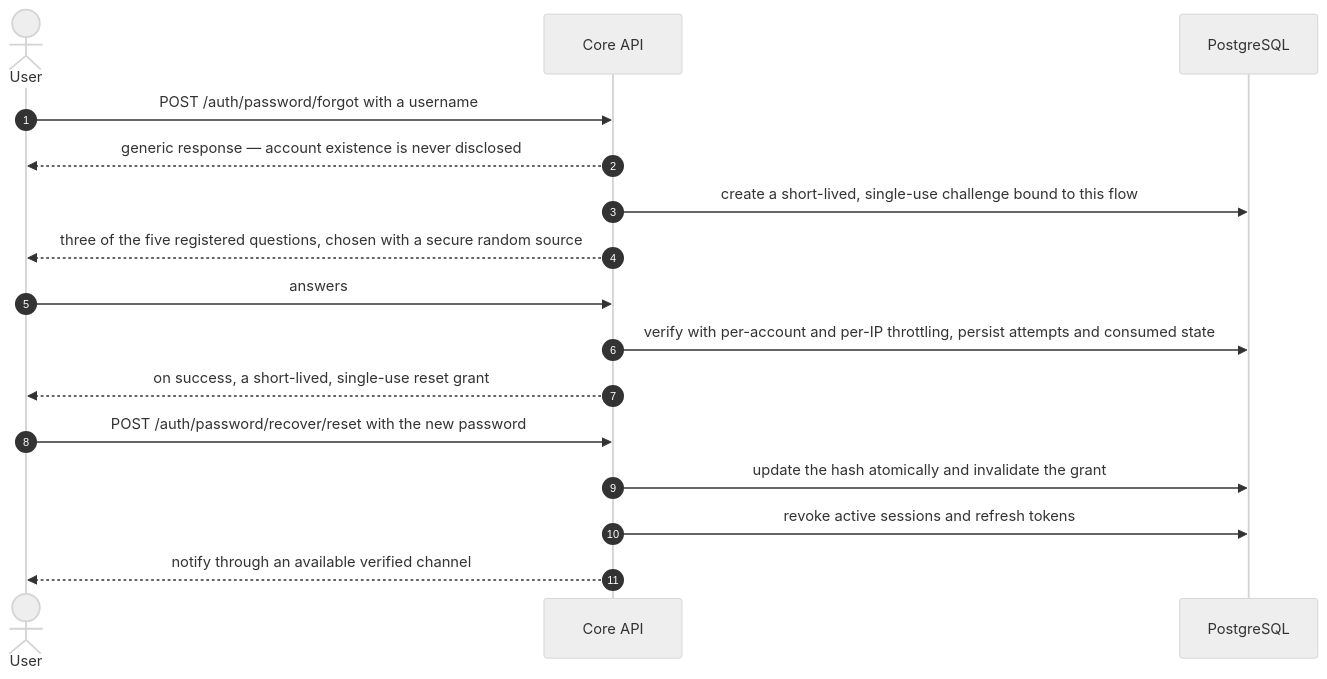
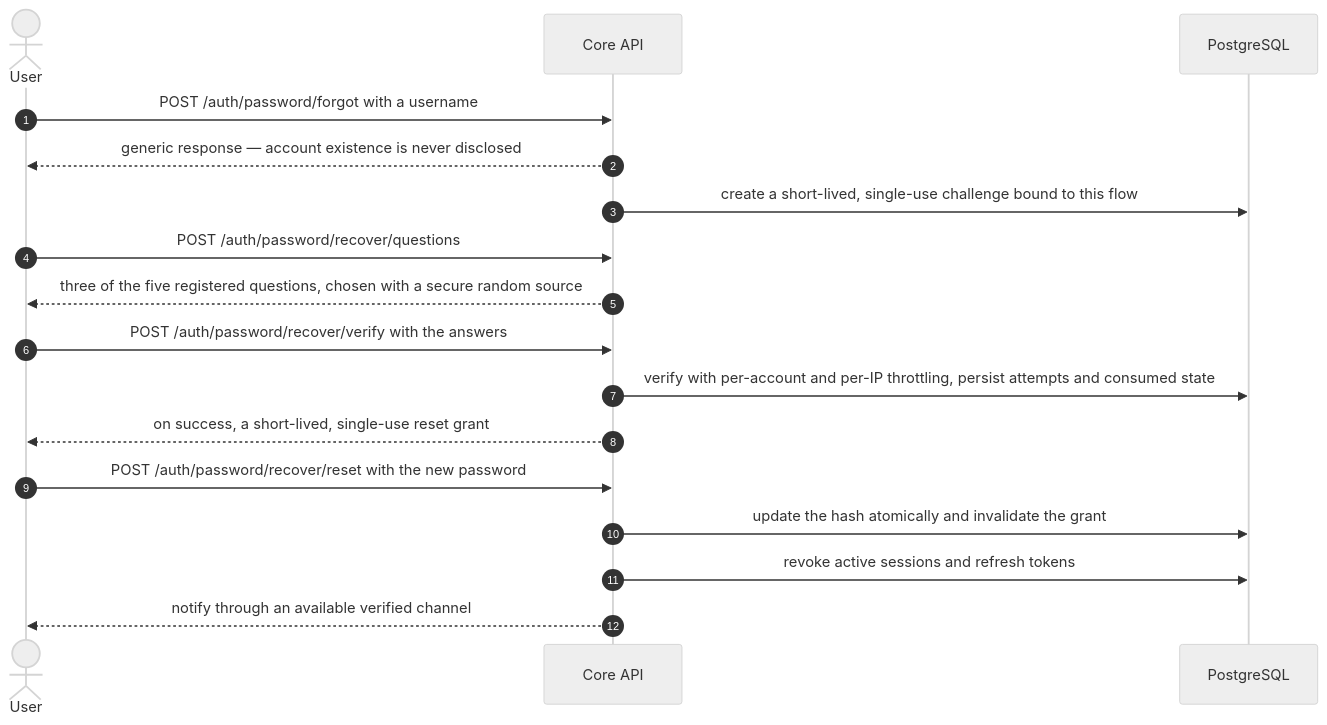
Before and after one commit to komeilm76/boro_biya: the fifth of 16 diagrams in docs/DIAGRAMS.md, drawn with Mermaid (neutral theme). The commit also changed other lines of this file and 8 other files, not shown here.

````diff
--- a/docs/DIAGRAMS.md
+++ b/docs/DIAGRAMS.md
@@ -121,18 +120,19 @@
 ```mermaid
 sequenceDiagram
   autonumber
   actor User
   participant API as Core API
   participant DB as PostgreSQL
   User->>API: POST /auth/password/forgot with a username
   API-->>User: generic response — account existence is never disclosed
   API->>DB: create a short-lived, single-use challenge bound to this flow
+  User->>API: POST /auth/password/recover/questions
   API-->>User: three of the five registered questions, chosen with a secure random source
-  User->>API: answers
+  User->>API: POST /auth/password/recover/verify with the answers
   API->>DB: verify with per-account and per-IP throttling, persist attempts and consumed state
   API-->>User: on success, a short-lived, single-use reset grant
   User->>API: POST /auth/password/recover/reset with the new password
   API->>DB: update the hash atomically and invalidate the grant
   API->>DB: revoke active sessions and refresh tokens
   API-->>User: notify through an available verified channel
 ```
````
